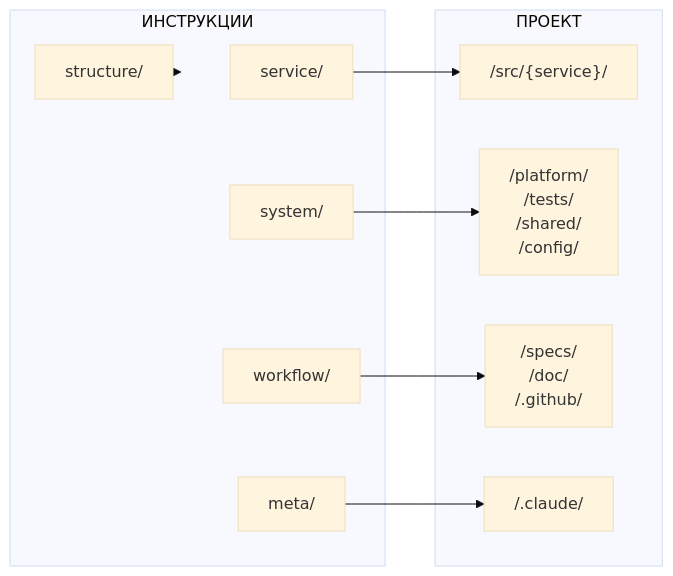
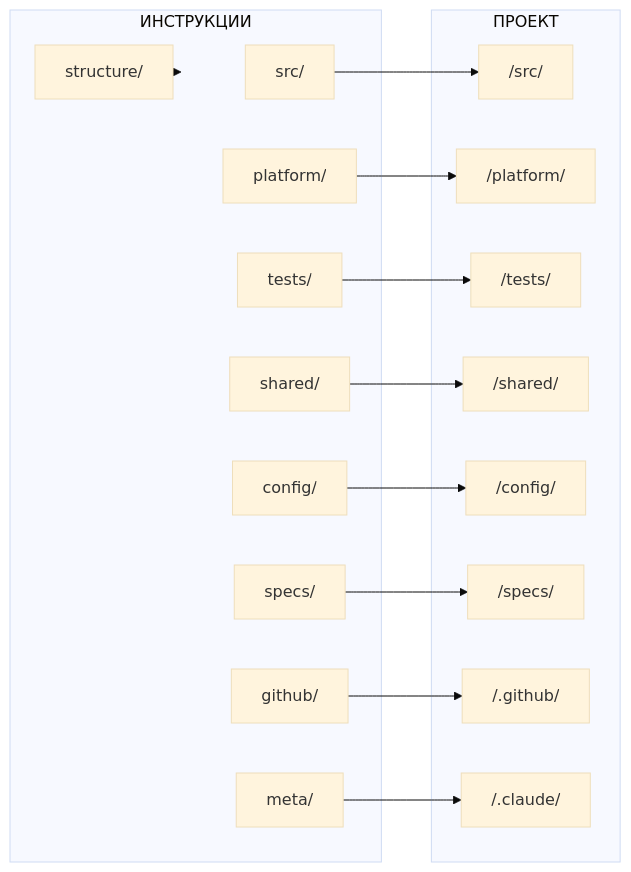
Before and after one commit to NSEvteev/FullSpec: the diagram in .claude/drafts/new_structure_of_project.md, drawn with Mermaid (base theme). The commit also changed other lines of this file and 94 other files, not shown here.

````diff
--- a/.claude/drafts/new_structure_of_project.md
+++ b/.claude/drafts/new_structure_of_project.md
@@ -315,23 +332,35 @@
 ```mermaid
 flowchart LR
     subgraph INSTR["ИНСТРУКЦИИ"]
         structure["structure/"]
-        service["service/"]
-        system["system/"]
-        workflow["workflow/"]
+        src_i["src/"]
+        platform_i["platform/"]
+        tests_i["tests/"]
+        shared_i["shared/"]
+        config_i["config/"]
+        specs_i["specs/"]
+        github_i["github/"]
         meta["meta/"]
     end
 
     subgraph PROJECT["ПРОЕКТ"]
-        src["/src/{service}/"]
-        infra["/platform/<br>/tests/<br>/shared/<br>/config/"]
-        docs["/specs/<br>/doc/<br>/.github/"]
+        src_p["/src/"]
+        platform_p["/platform/"]
+        tests_p["/tests/"]
+        shared_p["/shared/"]
+        config_p["/config/"]
+        specs_p["/specs/"]
+        github_p["/.github/"]
         claude["/.claude/"]
     end
 
     structure -.-> INSTR
-    service --> src
-    system --> infra
-    workflow --> docs
+    src_i --> src_p
+    platform_i --> platform_p
+    tests_i --> tests_p
+    shared_i --> shared_p
+    config_i --> config_p
+    specs_i --> specs_p
+    github_i --> github_p
     meta --> claude
 ```
````
